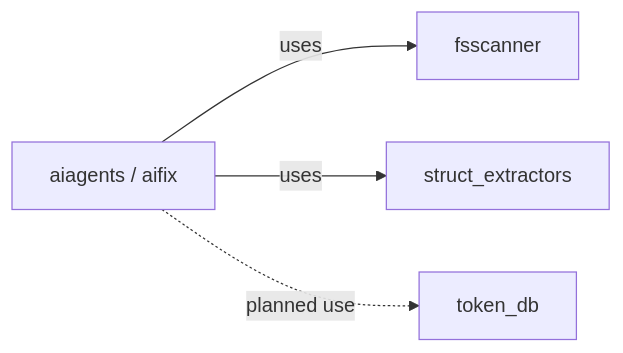
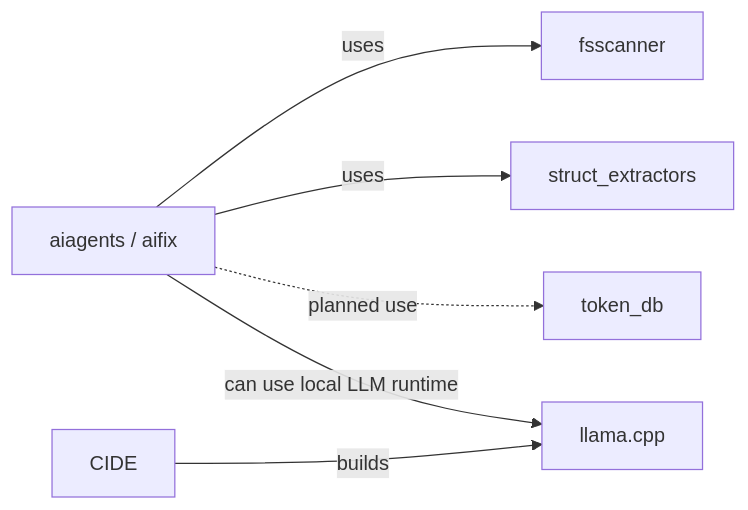
One commit to witold-k/witold-k changed the second of 6 diagrams in README.md. Above: the diagram before and after it, drawn with Mermaid. The commit also changed other lines of this file, not shown here.

Commit message:
Document llama.cpp connection between CIDE and aiagents

````diff
--- a/README.md
+++ b/README.md
@@ -28,6 +28,8 @@
 ```mermaid
 flowchart LR
     A[aiagents / aifix] -->|uses| FS[fsscanner]
     A -->|uses| SE[struct_extractors]
     A -.->|planned use| T[token_db]
+    A -->|can use local LLM runtime| LL[llama.cpp]
+    C[CIDE] -->|builds| LL
 ```
````
